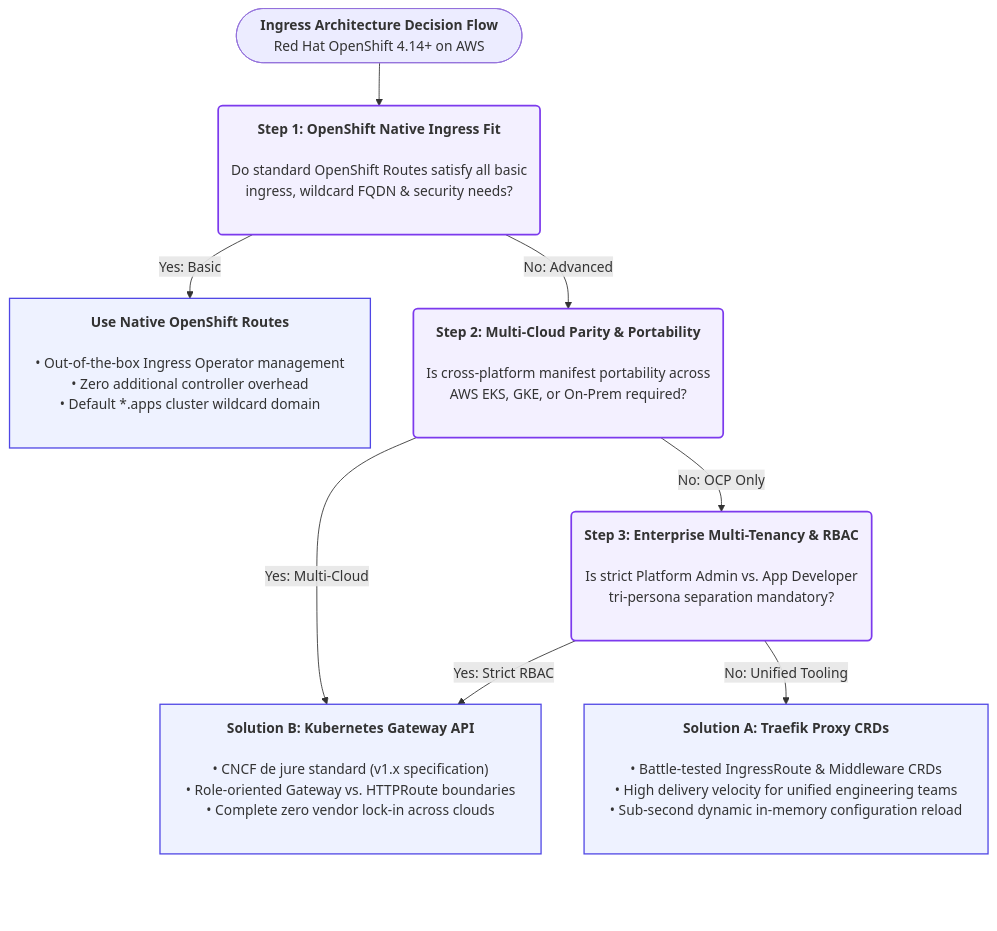
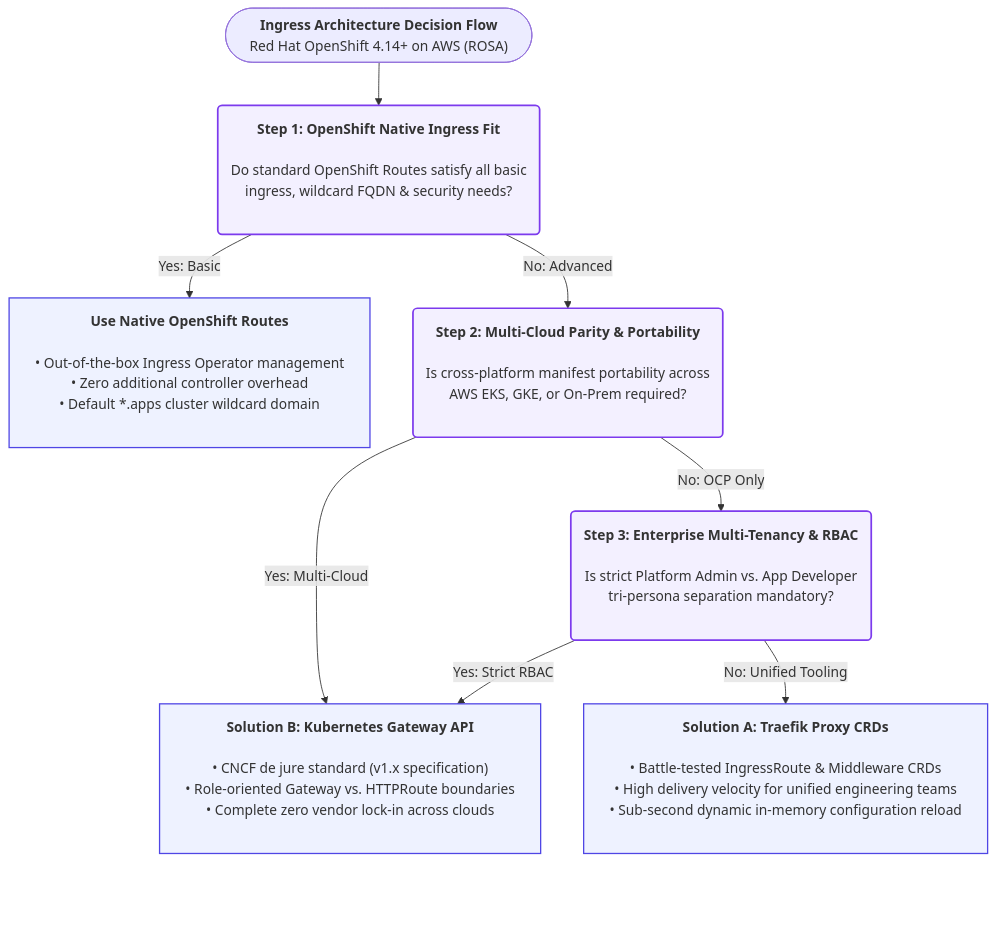
The third of 3 diagrams in README.md (nubenetes/traefik-fqdn-management-poc-openshift-aws), drawn with Mermaid before and after one commit. The commit also changed other lines of this file, not shown here.

Commit message:
docs(readme): expand box dimensions, wrapping width, and padding in all Mermaid diagrams

````diff
--- a/README.md
+++ b/README.md
@@ -381,37 +383,37 @@
 ```mermaid
-%%{init: {"flowchart": {"wrappingWidth": 440, "nodePadding": 30, "diagramPadding": 32}}}%%
+%%{init: {"flowchart": {"wrappingWidth": 460, "nodePadding": 34, "diagramPadding": 35}}}%%
 flowchart TD
-    Start(["&nbsp;&nbsp;&nbsp;<b>Ingress Architecture Decision Flow</b>&nbsp;&nbsp;&nbsp;<br/>&nbsp;&nbsp;&nbsp;Red Hat OpenShift 4.14+ on AWS&nbsp;&nbsp;&nbsp;"])
+    Start(["&nbsp;&nbsp;&nbsp;<b>Ingress Architecture Decision Flow</b>&nbsp;&nbsp;&nbsp;<br/>&nbsp;&nbsp;&nbsp;Red Hat OpenShift 4.14+ on AWS (ROSA)&nbsp;&nbsp;&nbsp;"])
 
     D1("<b>Step 1: OpenShift Native Ingress Fit</b><br/><br/>Do standard OpenShift Routes satisfy all basic<br/>ingress, wildcard FQDN & security needs?<br/>&nbsp;")
 
     NativeRoute["<b>Use Native OpenShift Routes</b><br/><br/>• Out-of-the-box Ingress Operator management<br/>• Zero additional controller overhead<br/>• Default *.apps cluster wildcard domain<br/>&nbsp;"]
 
     D2("<b>Step 2: Multi-Cloud Parity & Portability</b><br/><br/>Is cross-platform manifest portability across<br/>AWS EKS, GKE, or On-Prem required?<br/>&nbsp;")
 
     D3("<b>Step 3: Enterprise Multi-Tenancy & RBAC</b><br/><br/>Is strict Platform Admin vs. App Developer<br/>tri-persona separation mandatory?<br/>&nbsp;")
 
     SolB["<b>Solution B: Kubernetes Gateway API</b><br/><br/>• CNCF de jure standard (v1.x specification)<br/>• Role-oriented Gateway vs. HTTPRoute boundaries<br/>• Complete zero vendor lock-in across clouds<br/>&nbsp;"]
 
     SolA["<b>Solution A: Traefik Proxy CRDs</b><br/><br/>• Battle-tested IngressRoute & Middleware CRDs<br/>• High delivery velocity for unified engineering teams<br/>• Sub-second dynamic in-memory configuration reload<br/>&nbsp;"]
 
     Start --> D1
     D1 -->|"Yes: Basic"| NativeRoute
     D1 -->|"No: Advanced"| D2
 
     D2 -->|"Yes: Multi-Cloud"| SolB
     D2 -->|"No: OCP Only"| D3
 
     D3 -->|"Yes: Strict RBAC"| SolB
     D3 -->|"No: Unified Tooling"| SolA
 
     SolB ~~~ PadB[" "]
     SolA ~~~ PadA[" "]
 
     classDef decision fill:#f3f0ff,stroke:#7c3aed,stroke-width:2px;
     classDef outcome fill:#eef2ff,stroke:#4f46e5,stroke-width:1.5px;
     class D1,D2,D3 decision;
     class NativeRoute,SolA,SolB outcome;
     style PadA fill:none,stroke:none;
     style PadB fill:none,stroke:none;
 ```
````
